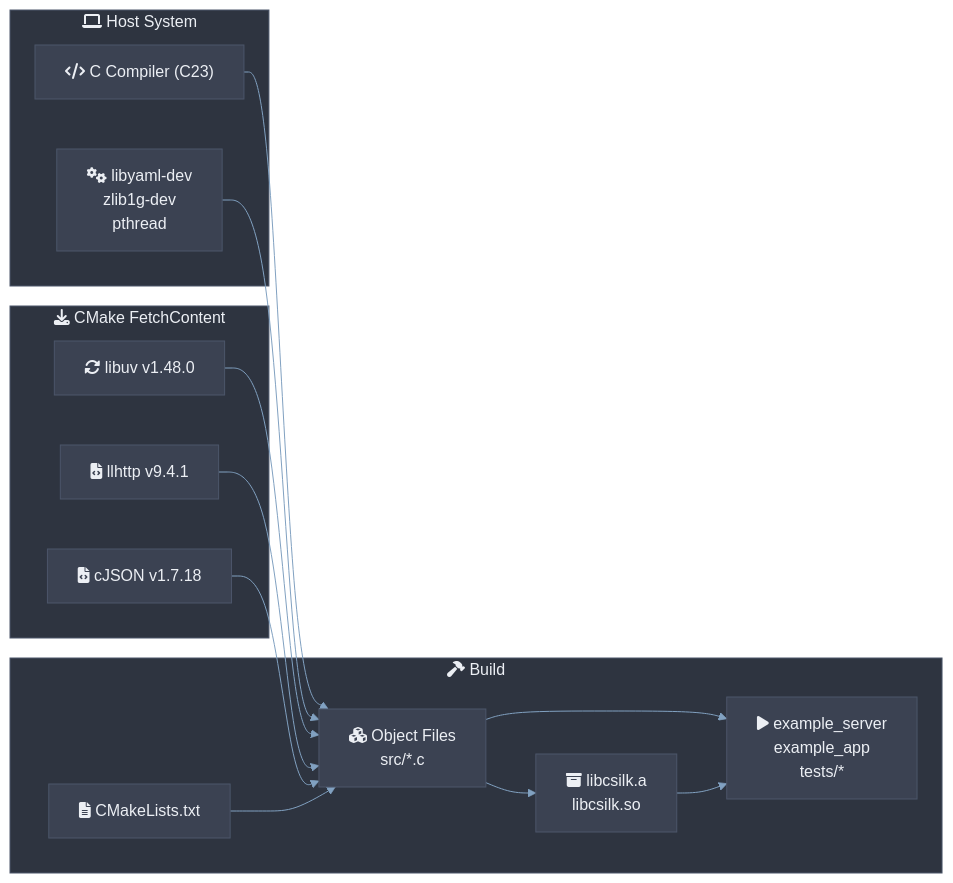
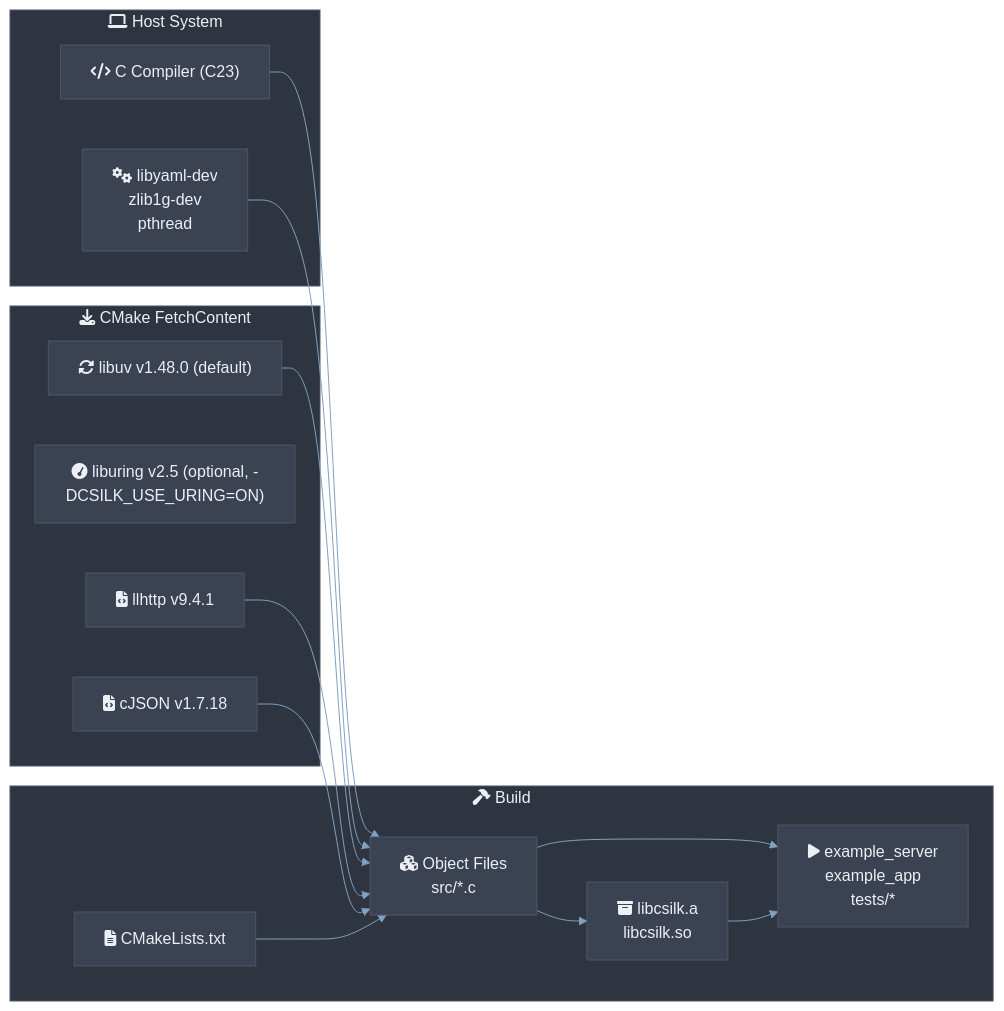
One commit to quintin-lee/csilk changed the first of 2 diagrams in docs/getting-started.md. Above: the diagram before and after it, drawn with Mermaid. The commit also changed other lines of this file and 12 other files, not shown here.

````diff
--- a/docs/getting-started.md
+++ b/docs/getting-started.md
@@ -17,52 +18,53 @@
 ```mermaid
 %%{init: {
   'theme': 'base',
   'themeVariables': {
     'background': '#2E3440',
     'primaryColor': '#81A1C1',
     'primaryBorderColor': '#4C566A',
     'primaryTextColor': '#ECEFF4',
     'secondaryColor': '#3B4252',
     'secondaryBorderColor': '#434C5E',
     'secondaryTextColor': '#D8DEE9',
     'lineColor': '#81A1C1',
     'textColor': '#ECEFF4',
     'mainBkg': '#3B4252',
     'nodeBorder': '#4C566A',
     'clusterBkg': '#2E3440',
     'clusterBorder': '#4C566A',
     'titleColor': '#ECEFF4',
     'edgeLabelBackground': '#3B4252',
     'nodeTextColor': '#ECEFF4'
   },
   'flowchart': {'htmlLabels': true, 'curve': 'basis'}
 }}%%
 flowchart LR
     subgraph Host_System["fa:fa-laptop Host System"]
         CC["fa:fa-code C Compiler (C23)"]
         SYS["fa:fa-cogs libyaml-dev\nzlib1g-dev\npthread"]
     end
 
     subgraph FetchContent["fa:fa-download CMake FetchContent"]
-        UV["fa:fa-sync-alt libuv v1.48.0"]
+        UV["fa:fa-sync-alt libuv v1.48.0 (default)"]
+        URING["fa:fa-tachometer liburing v2.5 (optional, -DCSILK_USE_URING=ON)"]
         LL["fa:fa-file-code llhttp v9.4.1"]
         CJ["fa:fa-file-code cJSON v1.7.18"]
     end
 
     subgraph build["fa:fa-hammer Build"]
         CMAKE["fa:fa-file-alt CMakeLists.txt"]
         OBJ["fa:fa-cubes Object Files\nsrc/*.c"]
         LIB["fa:fa-archive libcsilk.a\nlibcsilk.so"]
         EXE["fa:fa-play example_server\nexample_app\ntests/*"]
     end
 
     CC --> OBJ
     SYS --> OBJ
     UV --> OBJ
     LL --> OBJ
     CJ --> OBJ
     CMAKE --> OBJ
     OBJ --> LIB
     OBJ --> EXE
     LIB --> EXE
 ```
````
